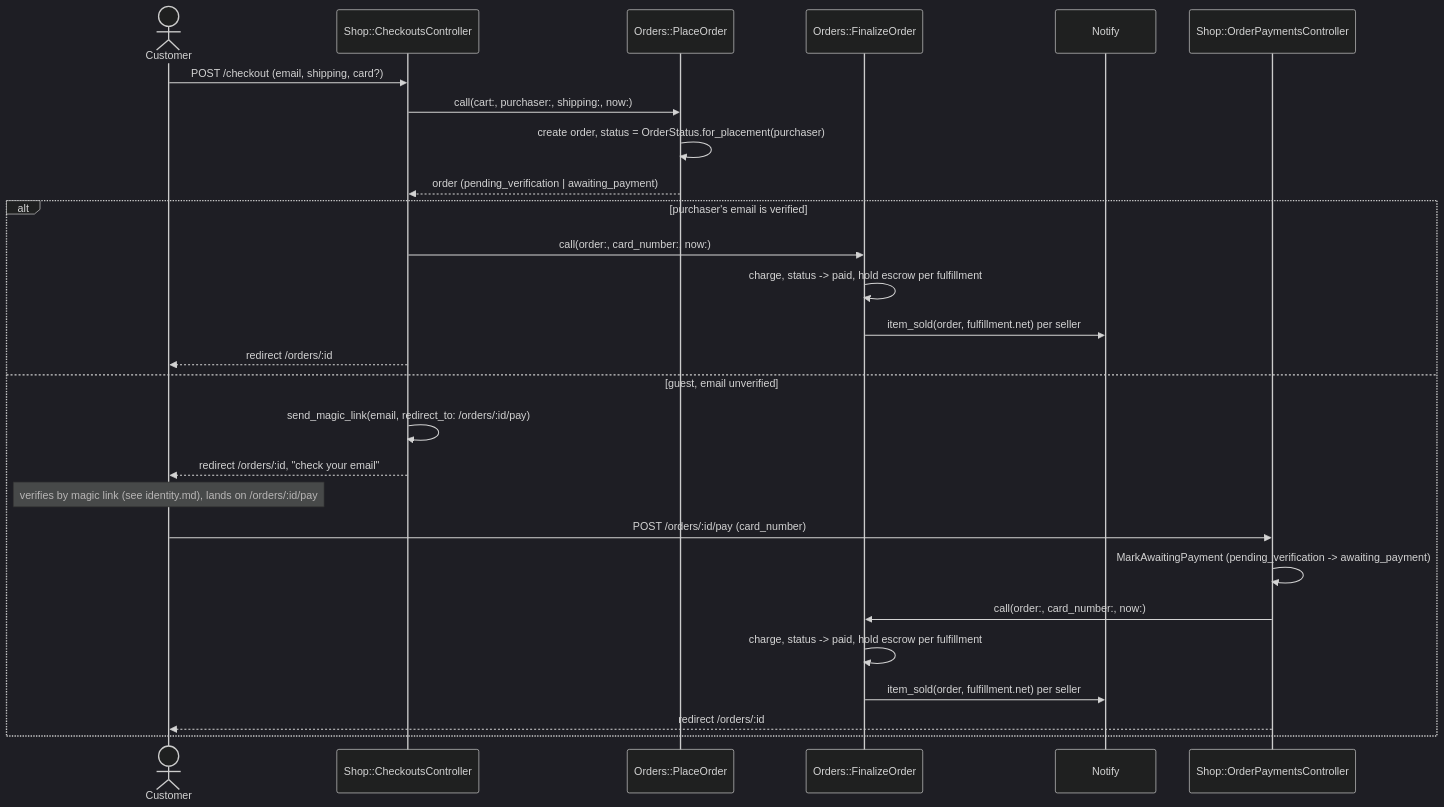
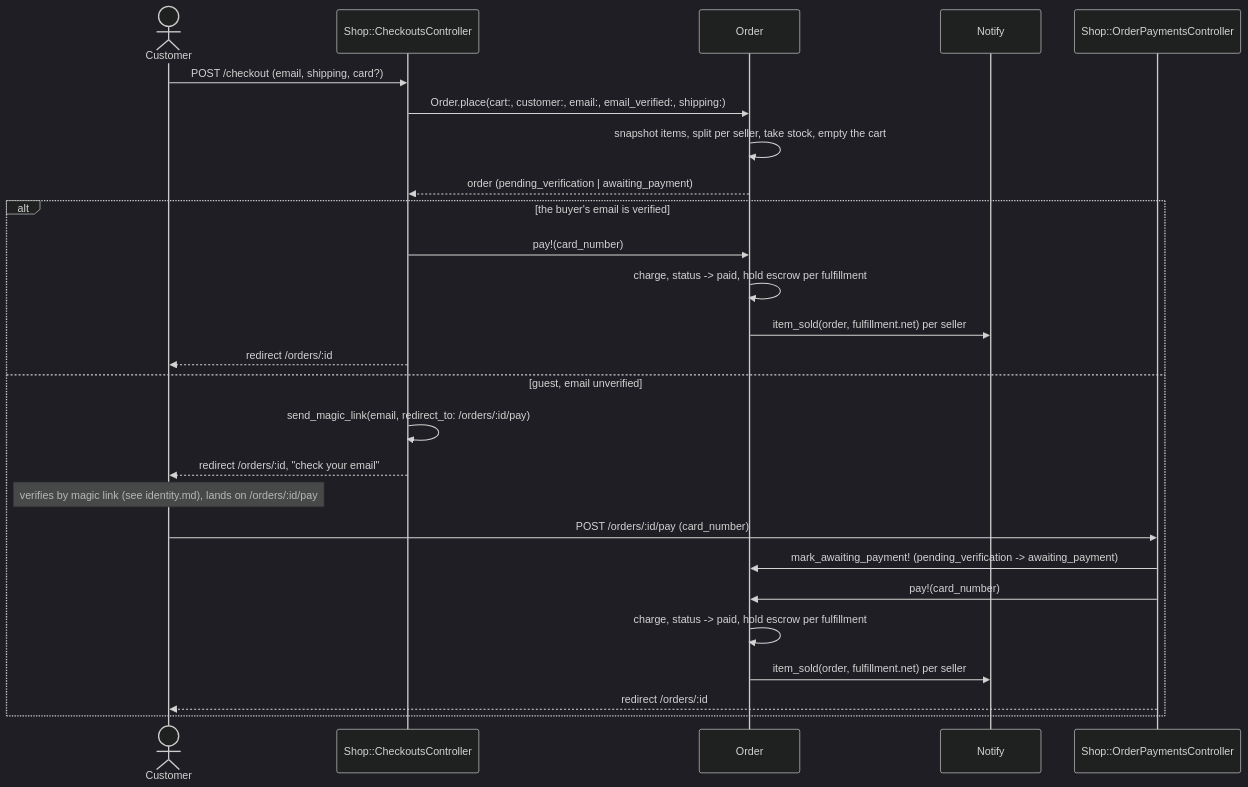
Before and after one commit to jonathan-beebe/art-store: the first of 3 diagrams in prototype/rails/docs/orders.md, drawn with Mermaid (dark theme). The commit also changed other lines of this file and 63 other files, not shown here.

````diff
--- a/prototype/rails/docs/orders.md
+++ b/prototype/rails/docs/orders.md
@@ -14,31 +14,30 @@
 ```mermaid
 sequenceDiagram
     actor Customer
     participant Checkout as Shop::CheckoutsController
-    participant Place as Orders::PlaceOrder
-    participant Finalize as Orders::FinalizeOrder
+    participant Order
     participant Notify
     participant Pay as Shop::OrderPaymentsController
 
     Customer->>Checkout: POST /checkout (email, shipping, card?)
-    Checkout->>Place: call(cart:, purchaser:, shipping:, now:)
-    Place->>Place: create order, status = OrderStatus.for_placement(purchaser)
-    Place-->>Checkout: order (pending_verification | awaiting_payment)
+    Checkout->>Order: Order.place(cart:, customer:, email:, email_verified:, shipping:)
+    Order->>Order: snapshot items, split per seller, take stock, empty the cart
+    Order-->>Checkout: order (pending_verification | awaiting_payment)
 
-    alt purchaser's email is verified
-        Checkout->>Finalize: call(order:, card_number:, now:)
-        Finalize->>Finalize: charge, status -> paid, hold escrow per fulfillment
-        Finalize->>Notify: item_sold(order, fulfillment.net) per seller
+    alt the buyer's email is verified
+        Checkout->>Order: pay!(card_number)
+        Order->>Order: charge, status -> paid, hold escrow per fulfillment
+        Order->>Notify: item_sold(order, fulfillment.net) per seller
         Checkout-->>Customer: redirect /orders/:id
     else guest, email unverified
         Checkout->>Checkout: send_magic_link(email, redirect_to: /orders/:id/pay)
         Checkout-->>Customer: redirect /orders/:id, "check your email"
         Note over Customer: verifies by magic link (see identity.md), lands on /orders/:id/pay
         Customer->>Pay: POST /orders/:id/pay (card_number)
-        Pay->>Pay: MarkAwaitingPayment (pending_verification -> awaiting_payment)
-        Pay->>Finalize: call(order:, card_number:, now:)
-        Finalize->>Finalize: charge, status -> paid, hold escrow per fulfillment
-        Finalize->>Notify: item_sold(order, fulfillment.net) per seller
+        Pay->>Order: mark_awaiting_payment! (pending_verification -> awaiting_payment)
+        Pay->>Order: pay!(card_number)
+        Order->>Order: charge, status -> paid, hold escrow per fulfillment
+        Order->>Notify: item_sold(order, fulfillment.net) per seller
         Pay-->>Customer: redirect /orders/:id
     end
 ```
````
